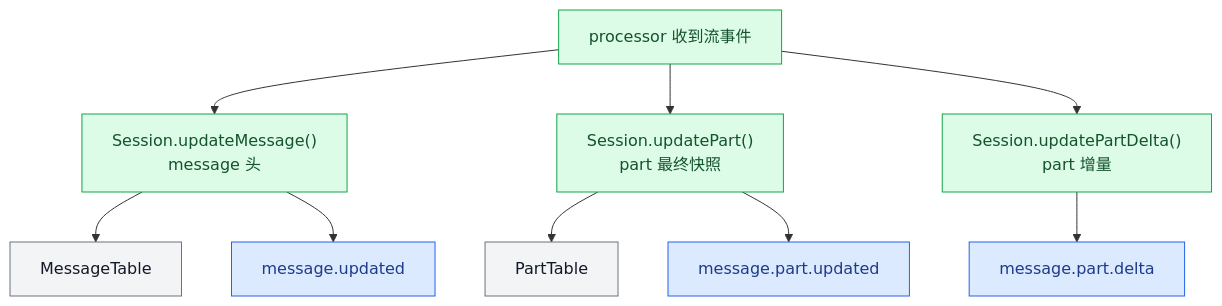
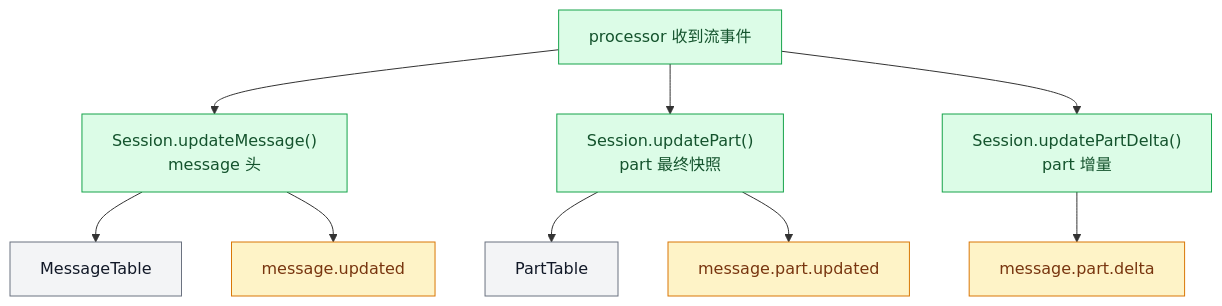
Before and after one commit to feuyeux/agent-study: the second of 22 diagrams in opencode_kickoff/A07-durable-state.md, drawn with Mermaid. The commit also changed other lines of this file, not shown here.

Commit message:
docs(opencode_kickoff): unify A07 diagram colors

````diff
--- a/opencode_kickoff/A07-durable-state.md
+++ b/opencode_kickoff/A07-durable-state.md
@@ -87,30 +87,30 @@
 ```mermaid
 flowchart TD
     Event["processor 收到流事件"]
     Msg["Session.updateMessage()<br/>message 头"]
     Part["Session.updatePart()<br/>part 最终快照"]
     Delta["Session.updatePartDelta()<br/>part 增量"]
     MsgTable["MessageTable"]
     PartTable["PartTable"]
     BusMsg["message.updated"]
     BusPart["message.part.updated"]
     BusDelta["message.part.delta"]
 
     Event --> Msg
     Event --> Part
     Event --> Delta
     Msg --> MsgTable
     Msg --> BusMsg
     Part --> PartTable
     Part --> BusPart
     Delta --> BusDelta
 
     classDef producer fill:#DCFCE7,stroke:#16A34A,color:#14532D;
     classDef consumer fill:#DBEAFE,stroke:#2563EB,color:#1E3A8A;
     classDef bridge fill:#FEF3C7,stroke:#D97706,color:#78350F;
     classDef storage fill:#F3F4F6,stroke:#6B7280,color:#111827;
 
     class Event,Msg,Part,Delta producer;
-    class BusMsg,BusPart,BusDelta consumer;
+    class BusMsg,BusPart,BusDelta bridge;
     class MsgTable,PartTable storage;
 ```
````
